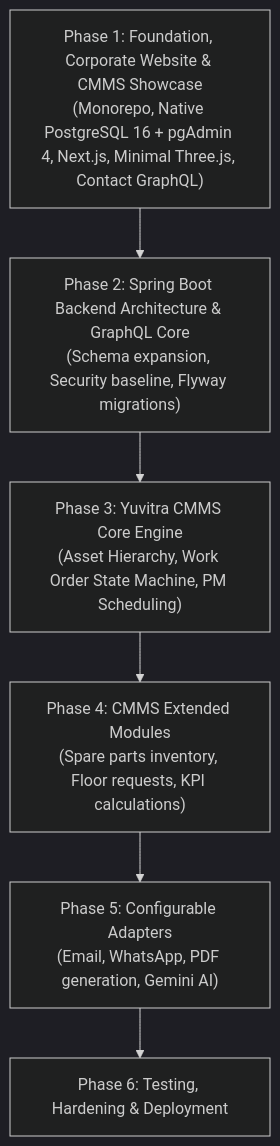
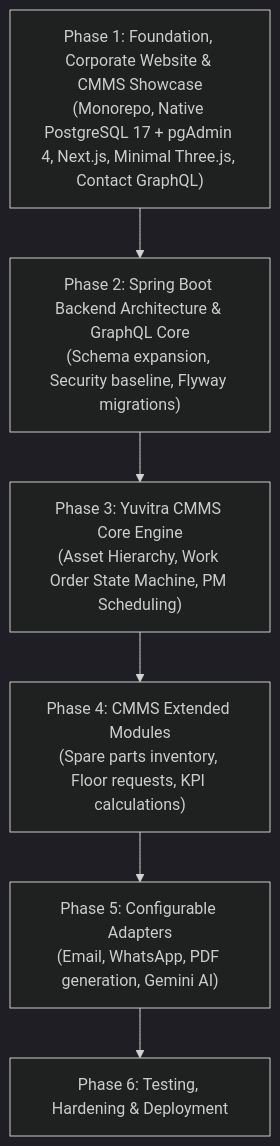
One commit to yuva-raj2/Yuvitra-Labs changed the second of 2 diagrams in PROJECT_PLAN.md. Above: the diagram before and after it, drawn with Mermaid (dark theme). The commit also changed other lines of this file, not shown here.

First line of the commit message:
docs(architecture): establish master plan with native PostgreSQL 17 baseline

````diff
--- a/PROJECT_PLAN.md
+++ b/PROJECT_PLAN.md
@@ -430,15 +430,15 @@
 ```mermaid
 flowchart TD
-    P1["Phase 1: Foundation, Corporate Website & CMMS Showcase\n(Monorepo, Native PostgreSQL 16 + pgAdmin 4, Next.js, Minimal Three.js, Contact GraphQL)"]
+    P1["Phase 1: Foundation, Corporate Website & CMMS Showcase\n(Monorepo, Native PostgreSQL 17 + pgAdmin 4, Next.js, Minimal Three.js, Contact GraphQL)"]
     P2["Phase 2: Spring Boot Backend Architecture & GraphQL Core\n(Schema expansion, Security baseline, Flyway migrations)"]
     P3["Phase 3: Yuvitra CMMS Core Engine\n(Asset Hierarchy, Work Order State Machine, PM Scheduling)"]
     P4["Phase 4: CMMS Extended Modules\n(Spare parts inventory, Floor requests, KPI calculations)"]
     P5["Phase 5: Configurable Adapters\n(Email, WhatsApp, PDF generation, Gemini AI)"]
     P6["Phase 6: Testing, Hardening & Deployment"]
 
     P1 --> P2
     P2 --> P3
     P3 --> P4
     P4 --> P5
     P5 --> P6
 ```
````
